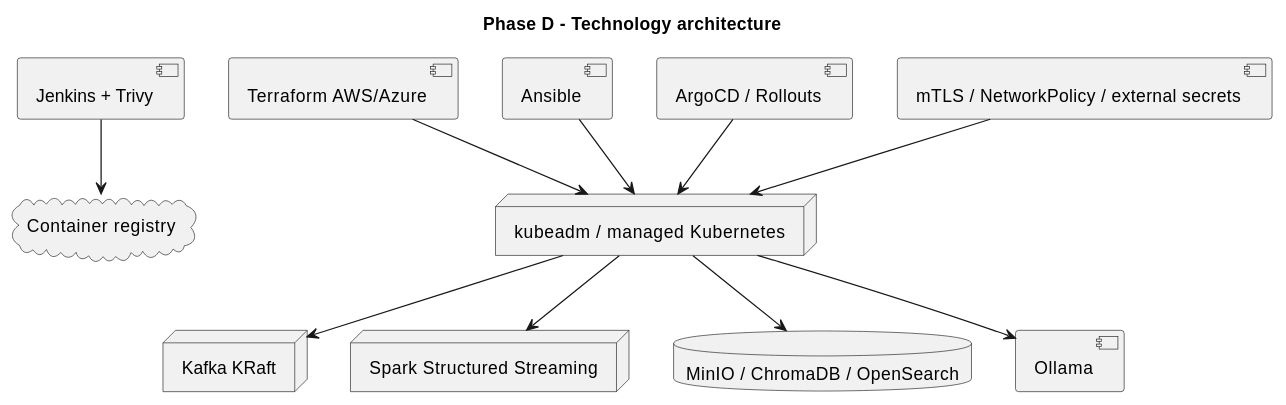
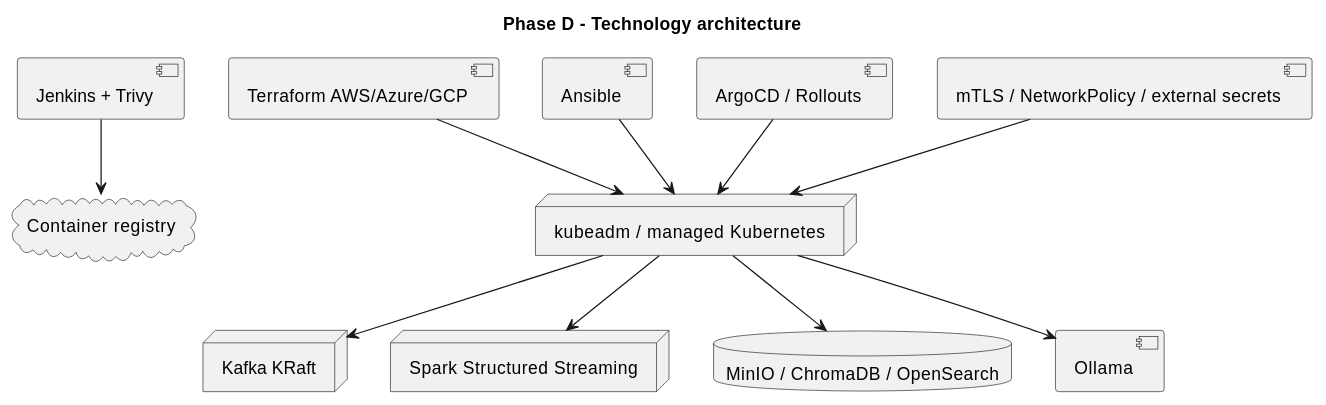
The eighth of 12 diagrams in docs/TOGAF_Architecture_Definition.md (amazen33/omni-stream-RAG-mesh), drawn with PlantUML before and after one commit. The commit also changed other lines of this file, not shown here.

Commit message:
Update docs/TOGAF_Architecture_Definition.md - 2026-09-20 19:04

````diff
--- a/docs/TOGAF_Architecture_Definition.md
+++ b/docs/TOGAF_Architecture_Definition.md
@@ -267,25 +295,25 @@
 ```plantuml
 @startuml
 title Phase D - Technology architecture
 component "Jenkins + Trivy" as ci
 cloud "Container registry" as registry
-component "Terraform AWS/Azure" as terraform
+component "Terraform AWS/Azure/GCP" as terraform
 component "Ansible" as ansible
 component "ArgoCD / Rollouts" as argo
 node "kubeadm / managed Kubernetes" as k8s
 node "Kafka KRaft" as kafka
 node "Spark Structured Streaming" as spark
 database "MinIO / ChromaDB / OpenSearch" as data
 component "Ollama" as ollama
 component "mTLS / NetworkPolicy / external secrets" as trust
 ci --> registry
 terraform --> k8s
 ansible --> k8s
 argo --> k8s
 k8s --> kafka
 k8s --> spark
 k8s --> data
 k8s --> ollama
 trust --> k8s
 @enduml
 ```
````
